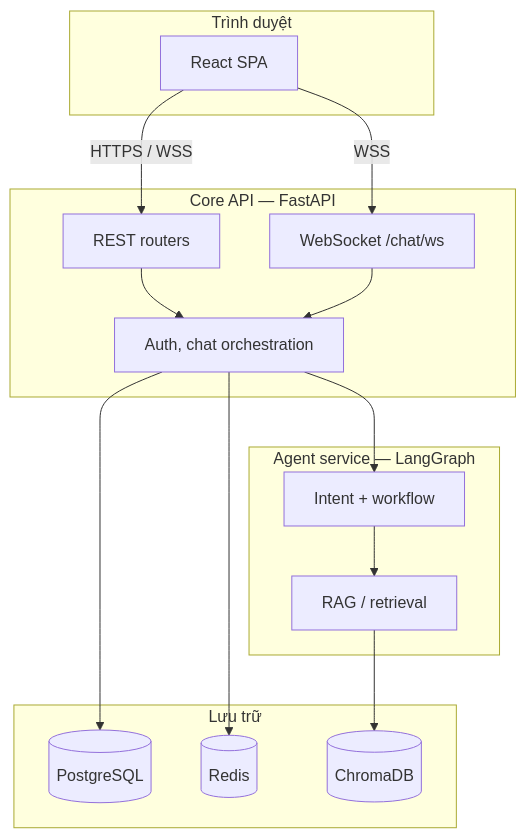
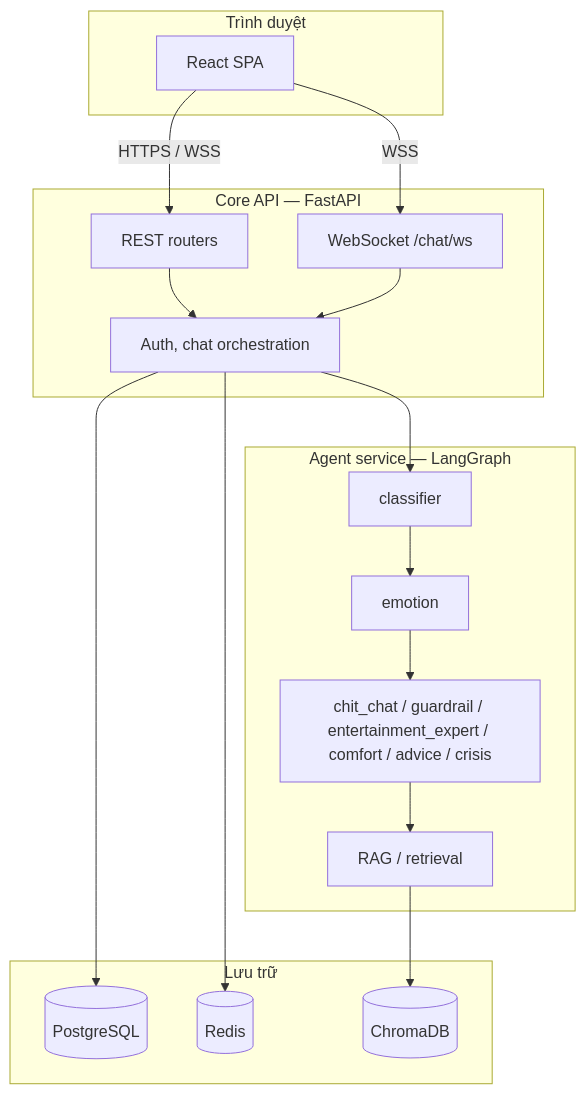
The diagram in docs/01-architecture.md (vphuocthinh2006/VirFriendo), drawn with Mermaid before and after one commit. The commit also changed other lines of this file and 2 other files, not shown here.

First line of the commit message:
docs: align README and architecture with actual chat UI and LangGraph

````diff
--- a/docs/01-architecture.md
+++ b/docs/01-architecture.md
@@ -14,29 +27,32 @@
 ```mermaid
 flowchart TB
   subgraph client["Trình duyệt"]
     UI[React SPA]
   end
   subgraph api["Core API — FastAPI"]
     REST[REST routers]
     WS[WebSocket /chat/ws]
     REST --> CoreLogic
     WS --> CoreLogic
     CoreLogic[Auth, chat orchestration]
   end
   subgraph agents["Agent service — LangGraph"]
-    LG[Intent + workflow]
+    CL[classifier]
+    EM[emotion]
+    CL --> EM
+    EM --> Nodes[chit_chat / guardrail / entertainment_expert / comfort / advice / crisis]
     RAG[RAG / retrieval]
   end
   subgraph data["Lưu trữ"]
     PG[(PostgreSQL)]
     RD[(Redis)]
     CH[(ChromaDB)]
   end
   UI -->|HTTPS / WSS| REST
   UI -->|WSS| WS
-  CoreLogic --> LG
-  LG --> RAG
+  CoreLogic --> CL
+  Nodes --> RAG
   CoreLogic --> PG
   CoreLogic --> RD
   RAG --> CH
 ```
````
